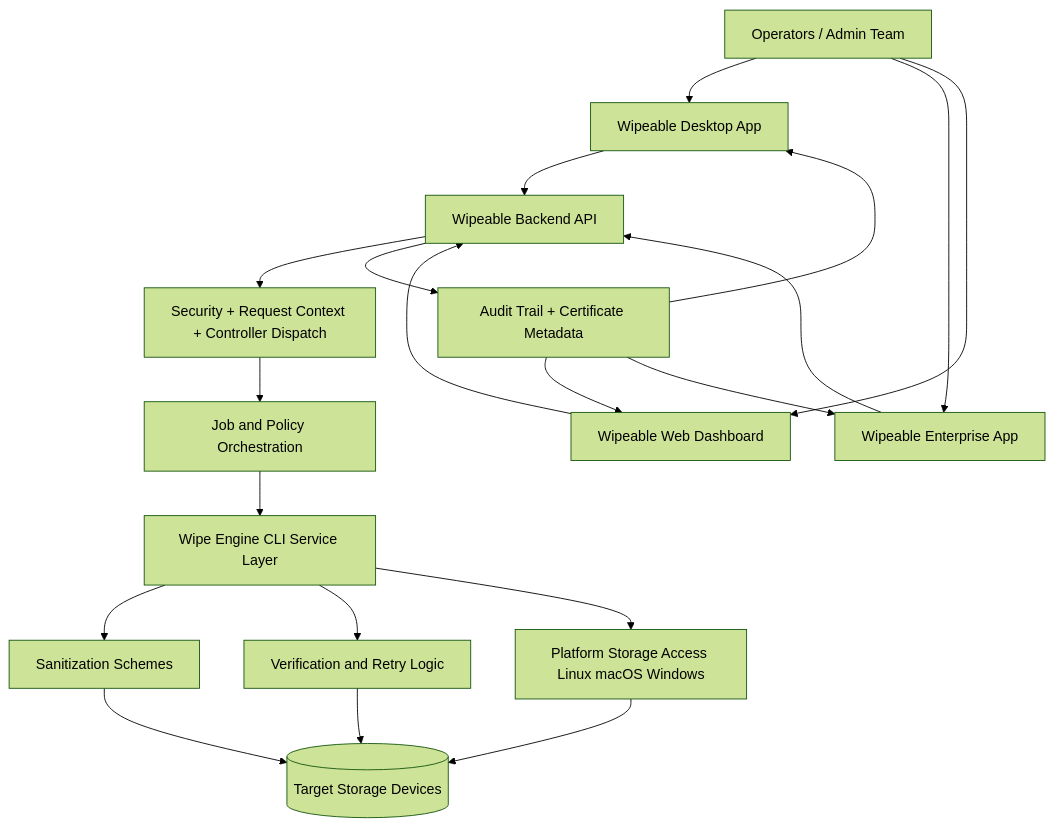
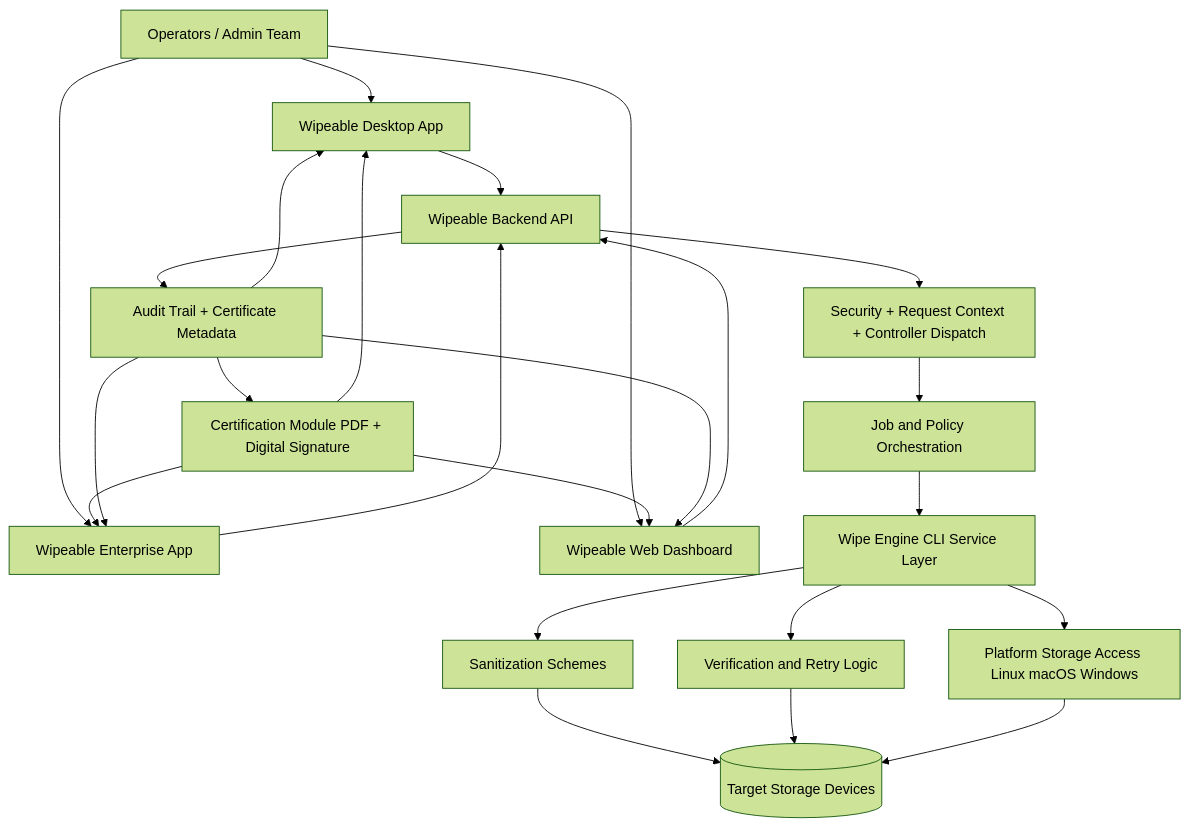
The diagram in README.md (Tejas-Santosh-Nalawade/Wipeable), drawn with Mermaid (forest theme) before and after one commit. The commit also changed other lines of this file, not shown here.

Commit message:
Certification modeule added

````diff
--- a/README.md
+++ b/README.md
@@ -21,27 +22,31 @@
 ```mermaid
 flowchart TD
 	U[Operators / Admin Team] --> D[Wipeable Desktop App]
 	U --> E[Wipeable Enterprise App]
 	U --> W[Wipeable Web Dashboard]
 
 	D --> B[Wipeable Backend API]
 	E --> B
 	W --> B
 
 	B --> C[Security + Request Context + Controller Dispatch]
 	C --> R[Job and Policy Orchestration]
 	R --> X[Wipe Engine CLI Service Layer]
 
 	X --> S[Sanitization Schemes]
 	X --> V[Verification and Retry Logic]
 	X --> P[Platform Storage Access Linux macOS Windows]
 
 	S --> H[(Target Storage Devices)]
 	V --> H
 	P --> H
 
 	B --> A[Audit Trail + Certificate Metadata]
+	A --> M[Certification Module PDF + Digital Signature]
+	M --> W
+	M --> D
+	M --> E
 	A --> W
 	A --> D
 	A --> E
 ```
````
